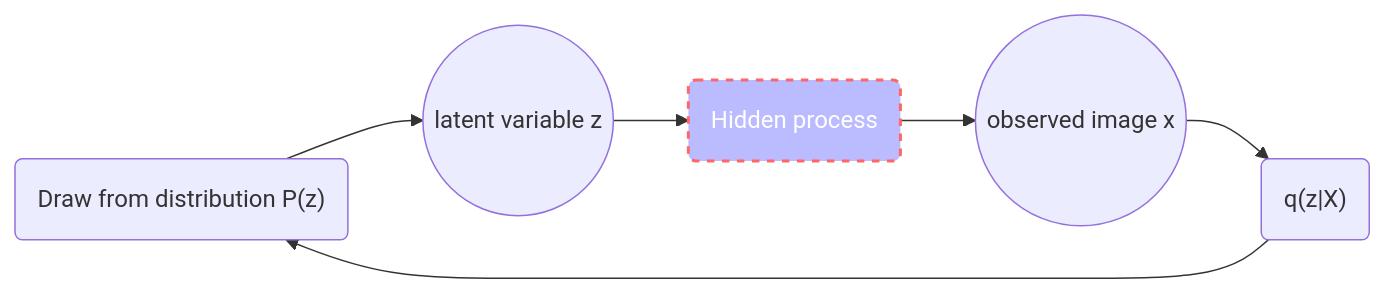
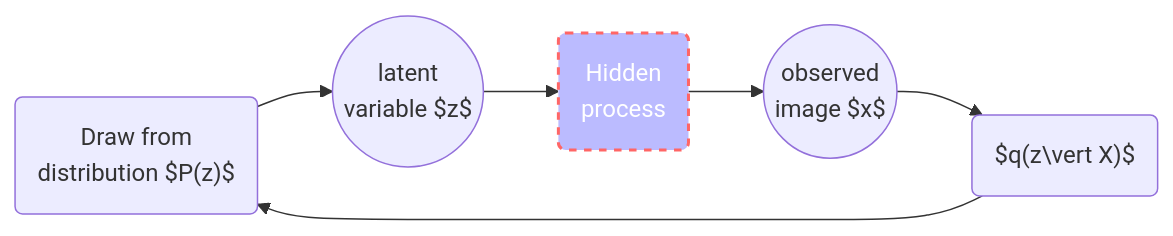
The diagram in _posts/2020-4-1-vae.md (ctawong/ctawong_site), drawn with Mermaid before and after one commit. The commit also changed 7 other files, not shown here.

```diff
--- a/_posts/2020-4-1-vae.md
+++ b/_posts/2020-4-1-vae.md
@@ -25,9 +25,9 @@
 {% mermaid %}
 graph LR
-  P("Draw from distribution P(z)") --> A
-  A(("latent variable z")) --> H(Hidden process )
-  H -->X((observed image x))
-  X-->Q("q(z|X)")
+  P("Draw from<br>distribution $P(z)$") --> A
+  A(("latent<br>variable $z$")) --> H(Hidden<br>process )
+  H -->X((observed<br>image $x$))
+  X-->Q("$q(z\vert X)$")
   Q-->P
   style H fill:#bbf,stroke:#f66,stroke-width:2px,color:#fff,stroke-dasharray: 5, 5
 {% endmermaid %}
```
